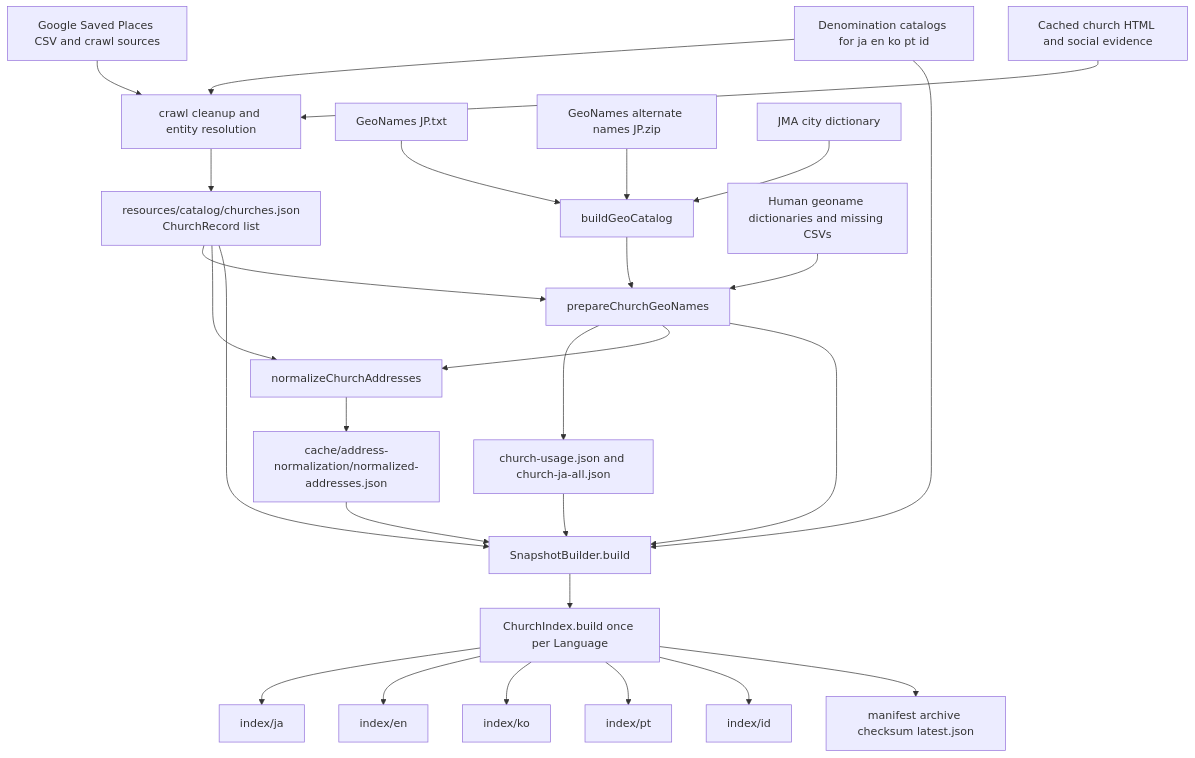
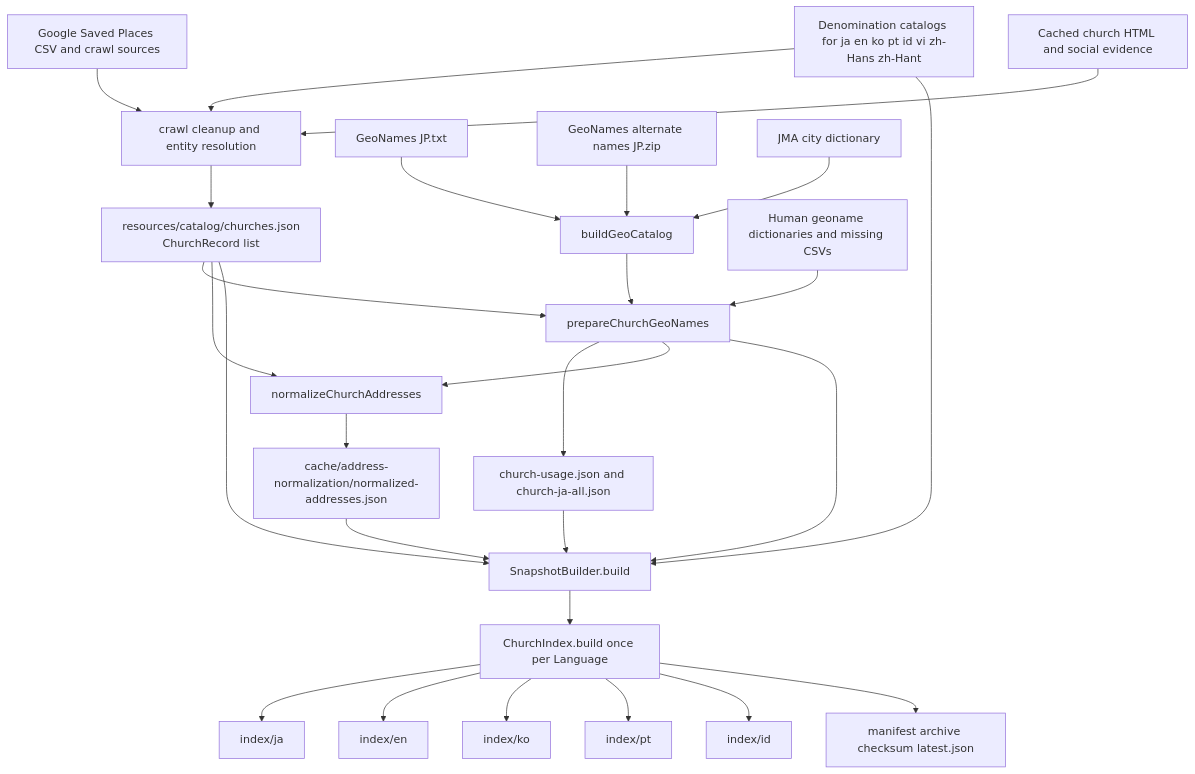
The diagram in core/INDEX.md (crossmapcojp/crossmap), drawn with Mermaid before and after one commit. The commit also changed other lines of this file and 53 other files, not shown here.

````diff
--- a/core/INDEX.md
+++ b/core/INDEX.md
@@ -23,32 +26,32 @@
 ```mermaid
 flowchart TD
     A[Google Saved Places CSV and crawl sources] --> B[crawl cleanup and entity resolution]
     H[Cached church HTML and social evidence] --> B
-    D[Denomination catalogs for ja en ko pt id] --> B
+    D[Denomination catalogs for ja en ko pt id vi zh-Hans zh-Hant] --> B
     B --> C[resources/catalog/churches.json<br/>ChurchRecord list]
 
     G1[GeoNames JP.txt] --> GC[buildGeoCatalog]
     G2[GeoNames alternate names JP.zip] --> GC
     G3[JMA city dictionary] --> GC
     GC --> G[prepareChurchGeoNames]
     G4[Human geoname dictionaries and missing CSVs] --> G
     C --> G
     G --> U[church-usage.json and church-ja-all.json]
 
     C --> N[normalizeChurchAddresses]
     G --> N
     N --> NC[cache/address-normalization/normalized-addresses.json]
 
     C --> S[SnapshotBuilder.build]
     D --> S
     U --> S
     NC --> S
     G --> S
     S --> I[ChurchIndex.build once per Language]
     I --> JA[index/ja]
     I --> EN[index/en]
     I --> KO[index/ko]
     I --> PT[index/pt]
     I --> ID[index/id]
     I --> M[manifest archive checksum latest.json]
 ```
````
